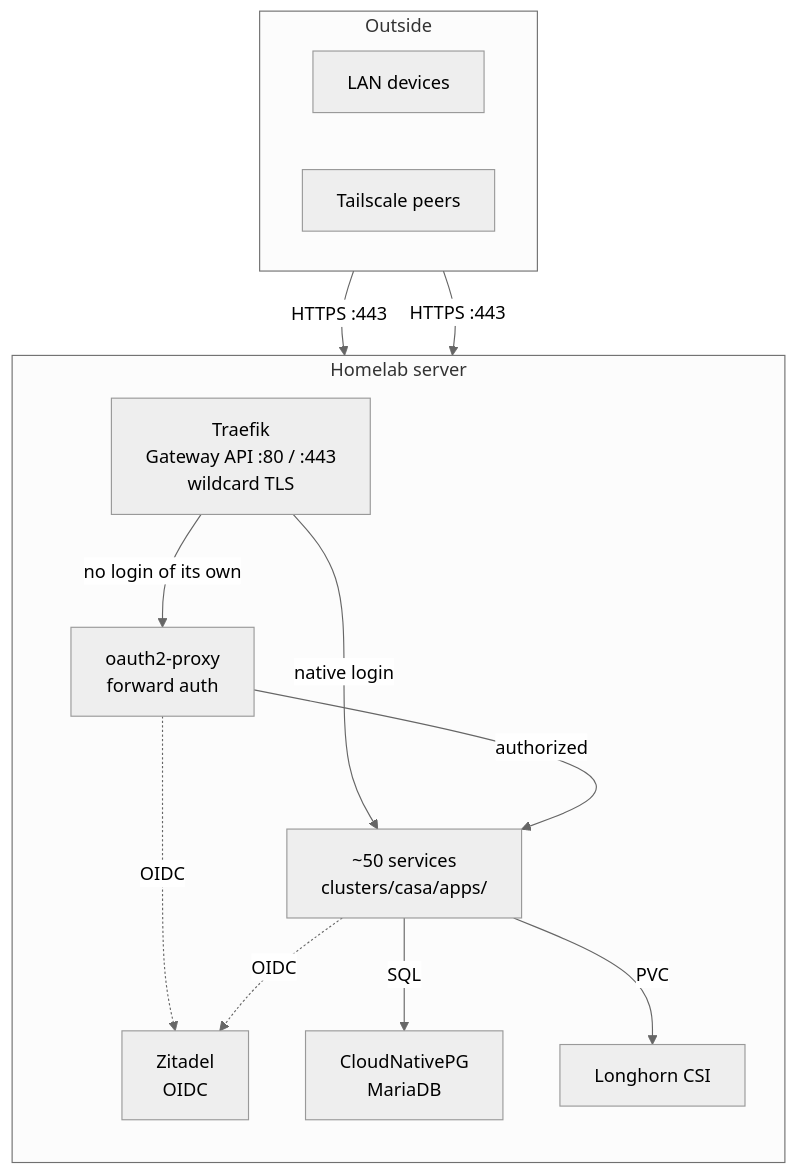
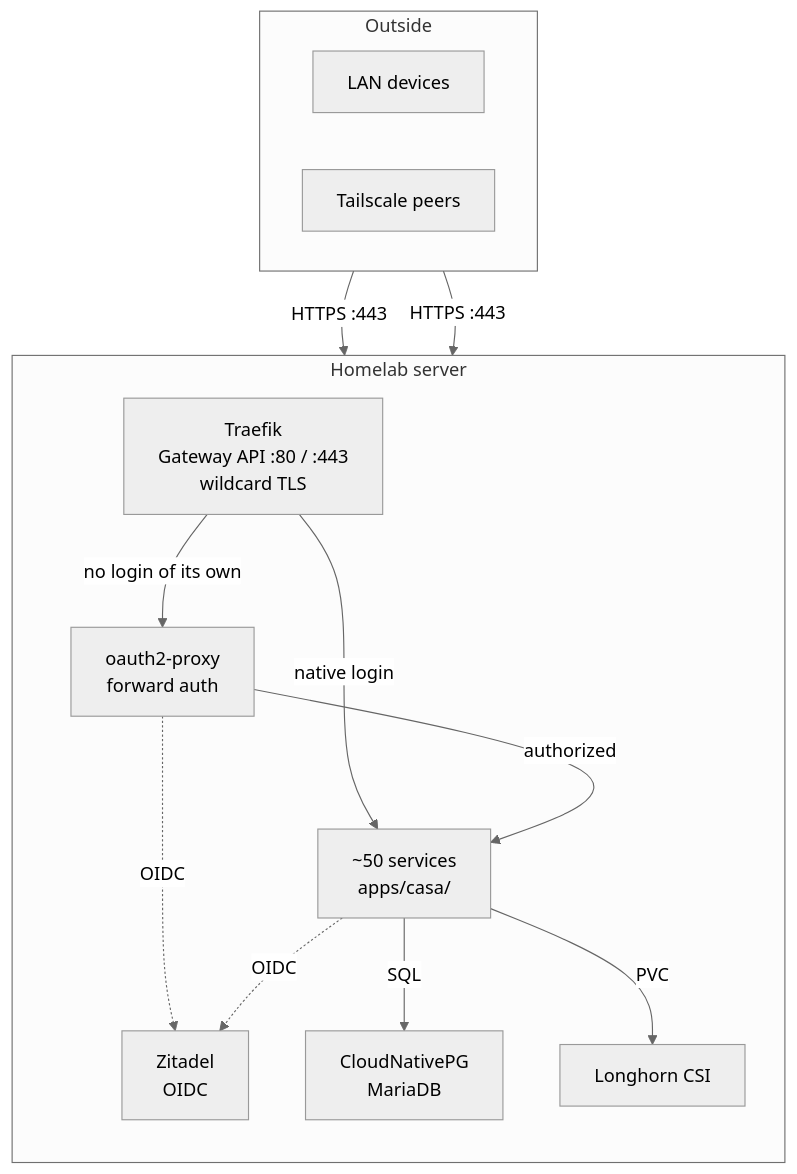
One commit to Artemiy111/homelab changed the diagram in README.md. Above: the diagram before and after it, drawn with Mermaid (neutral theme). The commit also changed other lines of this file and 4 other files, not shown here.

````diff
--- a/README.md
+++ b/README.md
@@ -32,28 +32,28 @@
 ```mermaid
 flowchart TB
     subgraph outside["Outside"]
         direction LR
         LAN["LAN devices"]
         TS["Tailscale peers"]
     end
 
     subgraph host["Homelab server"]
         direction TB
         EDGE["Traefik<br/>Gateway API :80 / :443<br/>wildcard TLS"]
         AUTH["oauth2-proxy<br/>forward auth"]
-        APPS["~50 services<br/>clusters/casa/apps/"]
+        APPS["~50 services<br/>apps/casa/"]
         ZIT["Zitadel<br/>OIDC"]
         DATA["CloudNativePG<br/>MariaDB"]
         STORE["Longhorn CSI"]
     end
 
     LAN -->|HTTPS :443| EDGE
     TS -->|HTTPS :443| EDGE
     EDGE -->|native login| APPS
     EDGE -->|no login of its own| AUTH
     AUTH -->|authorized| APPS
     AUTH -.->|OIDC| ZIT
     APPS -.->|OIDC| ZIT
     APPS -->|SQL| DATA
     APPS -->|PVC| STORE
 ```
````
